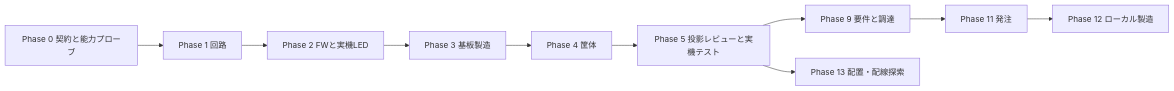
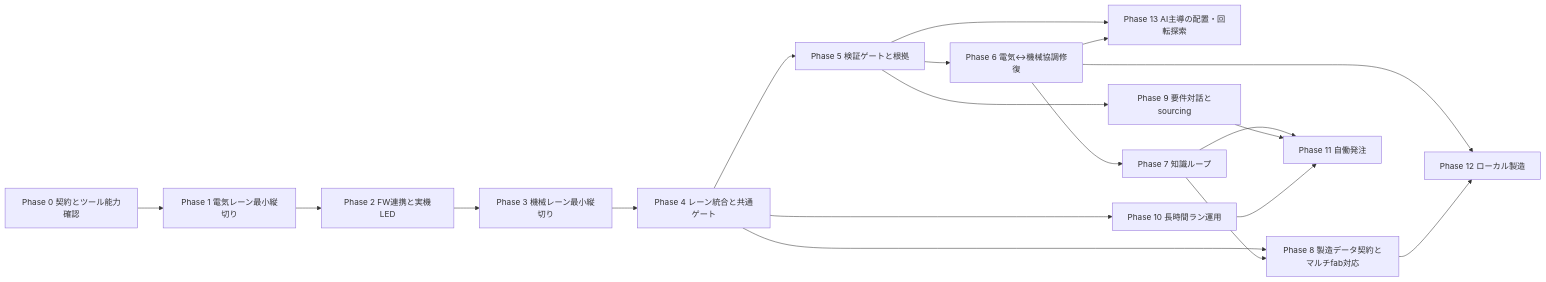
The diagram in docs/roadmap.md (uist1idrju3i/acd-agent), drawn with Mermaid before and after one commit. The commit also changed other lines of this file and 28 other files, not shown here.

````diff
--- a/docs/roadmap.md
+++ b/docs/roadmap.md
@@ -31,12 +111,21 @@
 ```mermaid
 flowchart LR
-    P0[Phase 0 契約と能力プローブ] --> P1[Phase 1 回路]
-    P1 --> P2[Phase 2 FWと実機LED]
-    P2 --> P3[Phase 3 基板製造]
-    P3 --> P4[Phase 4 筐体]
-    P4 --> P5[Phase 5 投影レビューと実機テスト]
-    P5 --> P9[Phase 9 要件と調達]
-    P9 --> P11[Phase 11 発注]
-    P11 --> P12[Phase 12 ローカル製造]
-    P5 --> P13[Phase 13 配置・配線探索]
+    P0["Phase 0 契約とツール能力確認"] --> P1["Phase 1 電気レーン最小縦切り"]
+    P1 --> P2["Phase 2 FW連携と実機LED"]
+    P2 --> P3["Phase 3 機械レーン最小縦切り"]
+    P3 --> P4["Phase 4 レーン統合と共通ゲート"]
+    P4 --> P5["Phase 5 検証ゲートと根拠"]
+    P5 --> P6["Phase 6 電気↔機械協調修復"]
+    P5 --> P13["Phase 13 AI主導の配置・回転探索"]
+    P6 --> P13
+    P6 --> P7["Phase 7 知識ループ"]
+    P4 --> P8["Phase 8 製造データ契約とマルチfab対応"]
+    P7 --> P8
+    P5 --> P9["Phase 9 要件対話とsourcing"]
+    P4 --> P10["Phase 10 長時間ラン運用"]
+    P7 --> P11["Phase 11 自働発注"]
+    P9 --> P11
+    P10 --> P11
+    P6 --> P12["Phase 12 ローカル製造"]
+    P8 --> P12
 ```
````
